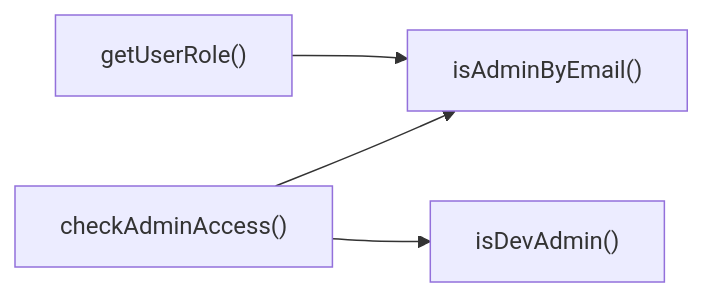
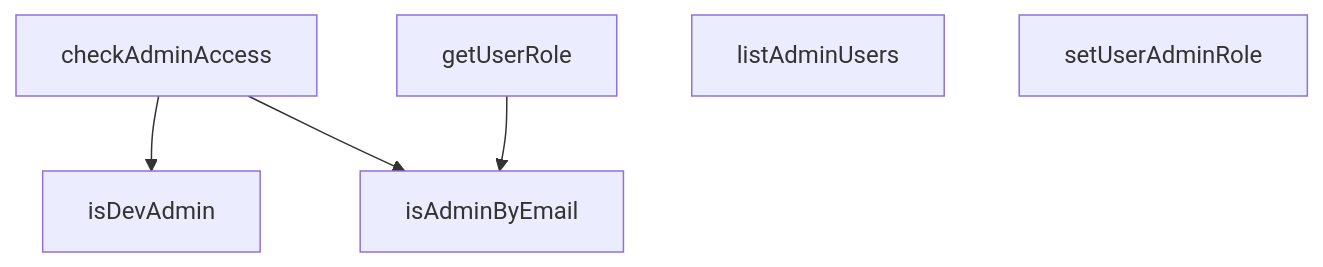
The diagram in src/config/admin.md (peckop/venthub-hvac-esite), drawn with Mermaid before and after one commit. The commit also changed other lines of this file and 488 other files, not shown here.

````diff
--- a/src/config/admin.md
+++ b/src/config/admin.md
@@ -172,6 +168,12 @@
 ```mermaid
-graph LR
-    checkAdminAccess["checkAdminAccess()"] --> isAdminByEmail["isAdminByEmail()"]
-    checkAdminAccess["checkAdminAccess()"] --> isDevAdmin["isDevAdmin()"]
-    getUserRole["getUserRole()"] --> isAdminByEmail["isAdminByEmail()"]
+graph TD
+    admin_ts__checkAdminAccess["checkAdminAccess"]
+    admin_ts__getUserRole["getUserRole"]
+    admin_ts__isAdminByEmail["isAdminByEmail"]
+    admin_ts__isDevAdmin["isDevAdmin"]
+    admin_ts__listAdminUsers["listAdminUsers"]
+    admin_ts__setUserAdminRole["setUserAdminRole"]
+    admin_ts__checkAdminAccess --> admin_ts__isDevAdmin
+    admin_ts__getUserRole --> admin_ts__isAdminByEmail
+    admin_ts__checkAdminAccess --> admin_ts__isAdminByEmail
 ```
````
